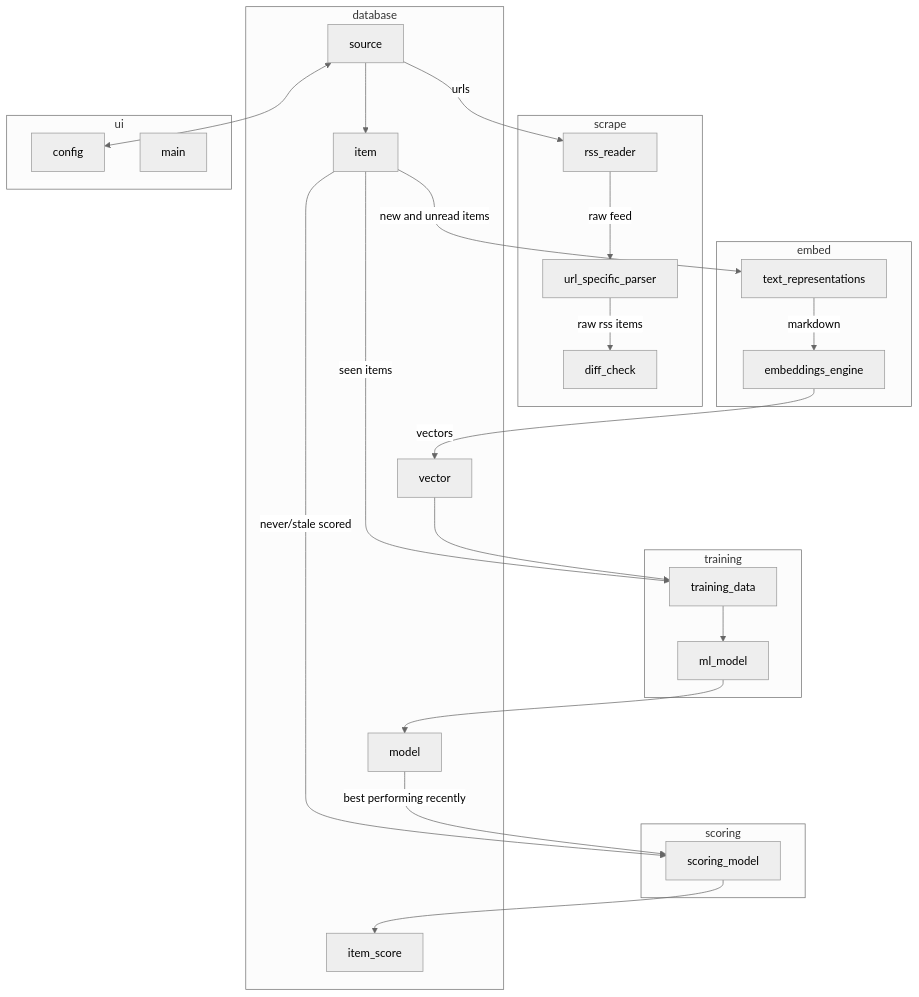
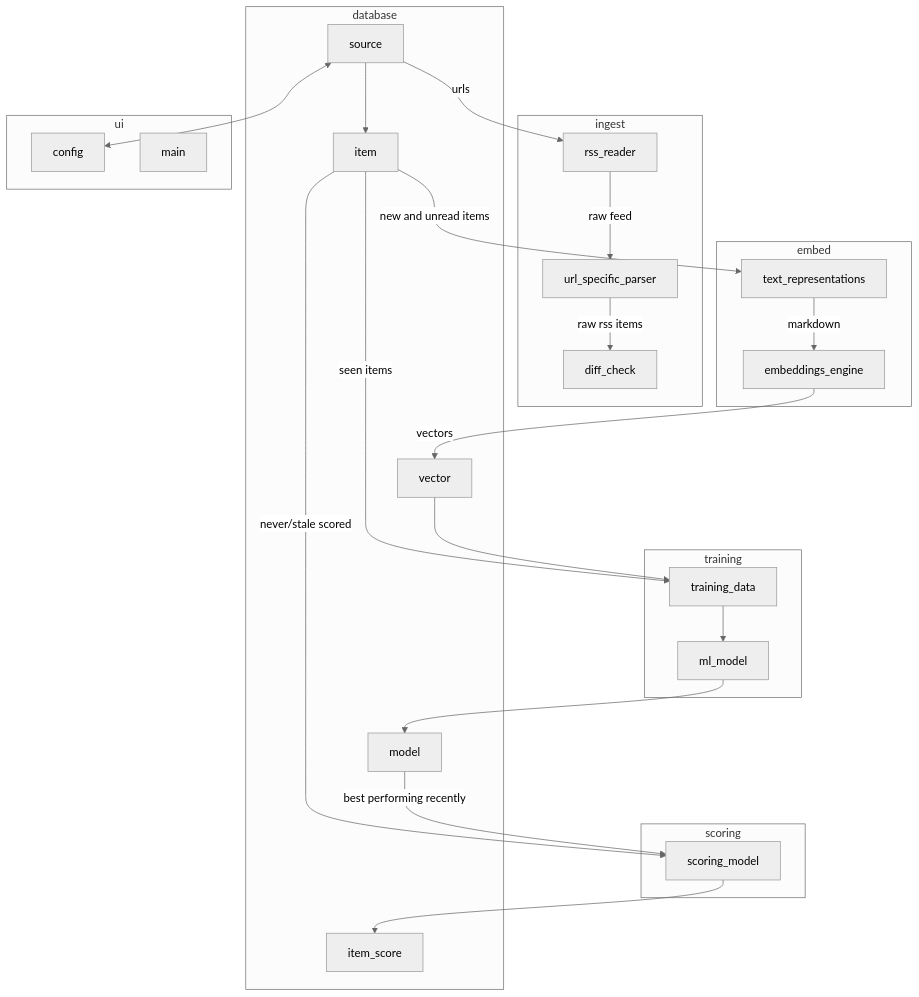
One commit to mullinmax/purrs changed the first of 2 diagrams in README.md. Above: the diagram before and after it, drawn with Mermaid (neutral theme). The commit also changed other lines of this file and 13 other files, not shown here.

````diff
--- a/README.md
+++ b/README.md
@@ -60,53 +60,53 @@
 ```mermaid
 flowchart TD
     subgraph database
         item
         source
         %%user
         vector
         item_score
         model
     end
     source --> item
 
-    subgraph scrape
+    subgraph ingest
         rss_reader
         url_specific_parser
         diff_check
     end
     source --urls--> rss_reader
     rss_reader --raw feed--> url_specific_parser
     url_specific_parser --raw rss items--> diff_check
 
     subgraph embed
         text_representations
         embeddings_engine
     end
     item --new and unread items--> text_representations
     text_representations --markdown--> embeddings_engine
     embeddings_engine --vectors--> vector
 
     subgraph training
         training_data
         ml_model
     end
     vector --> training_data
     item --seen items--> training_data
     training_data --> ml_model
     ml_model --> model
 
     subgraph scoring
         scoring_model
     end
     model --best performing recently--> scoring_model
     item --never/stale scored--> scoring_model
     scoring_model --> item_score
 
     subgraph ui
         %%admin
         config
         main
     end
     source <--> config
     %%admin --> user
 ```
````
